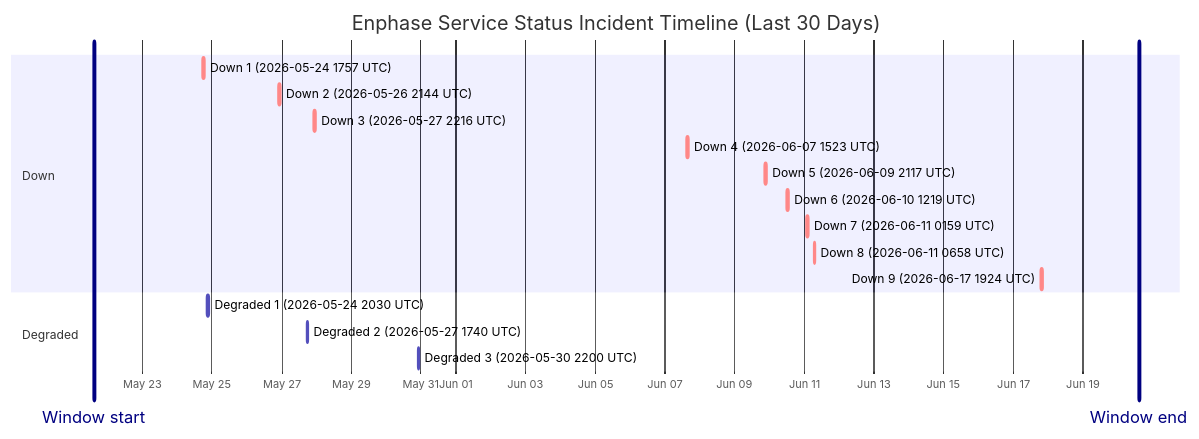
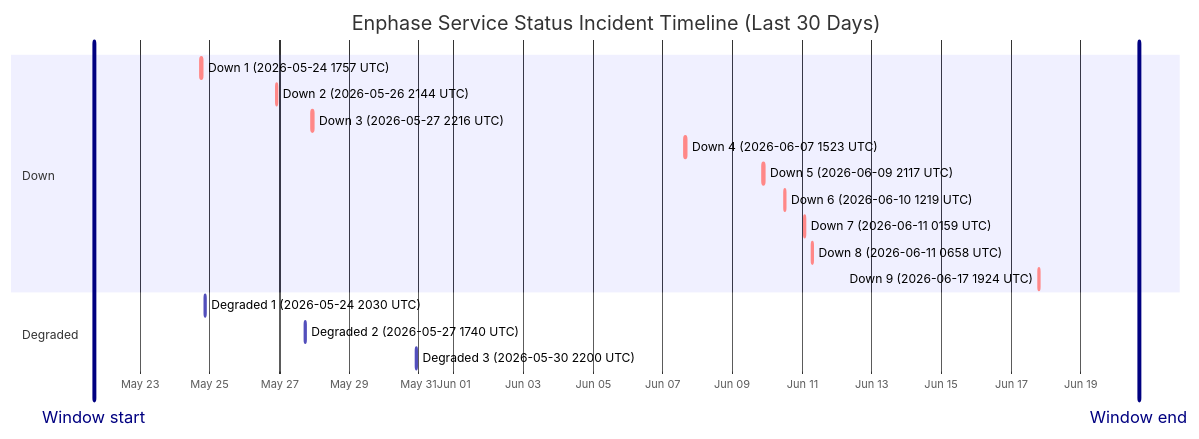
One commit to barneyonline/ha-enphase-energy changed the diagram in wiki/Service-Status-History.md. Above: the diagram before and after it, drawn with Mermaid. The commit also changed other lines of this file and 3 other files, not shown here.

````diff
--- a/wiki/Service-Status-History.md
+++ b/wiki/Service-Status-History.md
@@ -14,22 +14,22 @@
 ```mermaid
 gantt
     title Enphase Service Status Incident Timeline (Last 30 Days)
     dateFormat  YYYY-MM-DDTHH:mm:ss
     axisFormat  %b %d
-    Window start :vert, window-start, 2026-05-21T14:41:19, 0ms
-    Window end :vert, window-end, 2026-06-20T14:41:19, 0ms
+    Window start :vert, window-start, 2026-05-21T16:16:04, 0ms
+    Window end :vert, window-end, 2026-06-20T16:16:04, 0ms
     section Down
     Down 1 (2026-05-24 1757 UTC) :crit, down-1, 2026-05-24T17:57:41, 86m
     Down 2 (2026-05-26 2144 UTC) :crit, down-2, 2026-05-26T21:44:11, 85m
     Down 3 (2026-05-27 2216 UTC) :crit, down-3, 2026-05-27T22:16:53, 87m
     Down 4 (2026-06-07 1523 UTC) :crit, down-4, 2026-06-07T15:23:22, 87m
     Down 5 (2026-06-09 2117 UTC) :crit, down-5, 2026-06-09T21:17:17, 60m
     Down 6 (2026-06-10 1219 UTC) :crit, down-6, 2026-06-10T12:19:21, 60m
     Down 7 (2026-06-11 0159 UTC) :crit, down-7, 2026-06-11T01:59:36, 60m
     Down 8 (2026-06-11 0658 UTC) :crit, down-8, 2026-06-11T06:58:45, 60m
     Down 9 (2026-06-17 1924 UTC) :crit, down-9, 2026-06-17T19:24:51, 60m
     section Degraded
     Degraded 1 (2026-05-24 2030 UTC) :active, degraded-1, 2026-05-24T20:30:57, 84m
     Degraded 2 (2026-05-27 1740 UTC) :active, degraded-2, 2026-05-27T17:40:52, 60m
     Degraded 3 (2026-05-30 2200 UTC) :active, degraded-3, 2026-05-30T22:00:37, 60m
 ```
````
